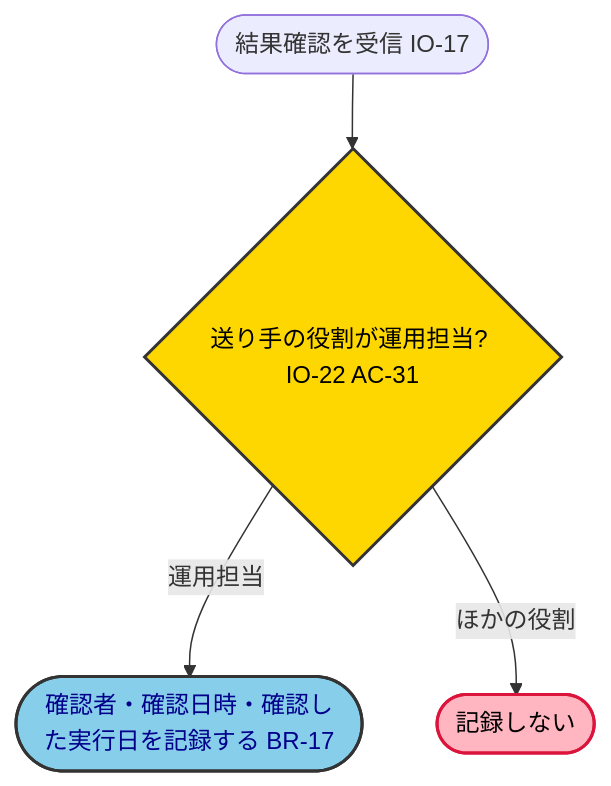
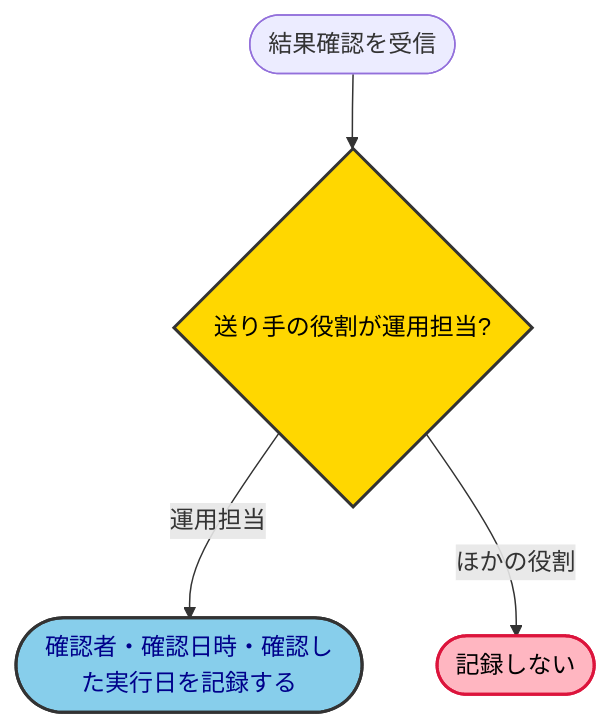
The sixth of 9 diagrams in samples/docs/requirements-detail.md (kasiopeiya/claude-dev-template), drawn with Mermaid before and after one commit. The commit also changed other lines of this file, not shown here.

First line of the commit message:
docs: 手本のアクティビティ図から BR・AC・IO の ID を外す (#1977)

````diff
--- a/samples/docs/requirements-detail.md
+++ b/samples/docs/requirements-detail.md
@@ -662,13 +662,13 @@
 ```mermaid
 flowchart TD
-    start(["結果確認を受信 IO-17"]) --> role{"送り手の役割が運用担当? IO-22 AC-31"}
-    role -->|運用担当| rec(["確認者・確認日時・確認した実行日を記録する BR-17"])
+    start(["結果確認を受信"]) --> role{"送り手の役割が運用担当?"}
+    role -->|運用担当| rec(["確認者・確認日時・確認した実行日を記録する"])
     role -->|ほかの役割| norec(["記録しない"])
 
     classDef decision fill:#FFD700,stroke:#333,stroke-width:2px,color:black
     classDef result fill:#87CEEB,stroke:#333,stroke-width:2px,color:darkblue
     classDef error fill:#FFB6C1,stroke:#DC143C,stroke-width:2px,color:black
     class role decision
     class rec result
     class norec error
 ```
````
